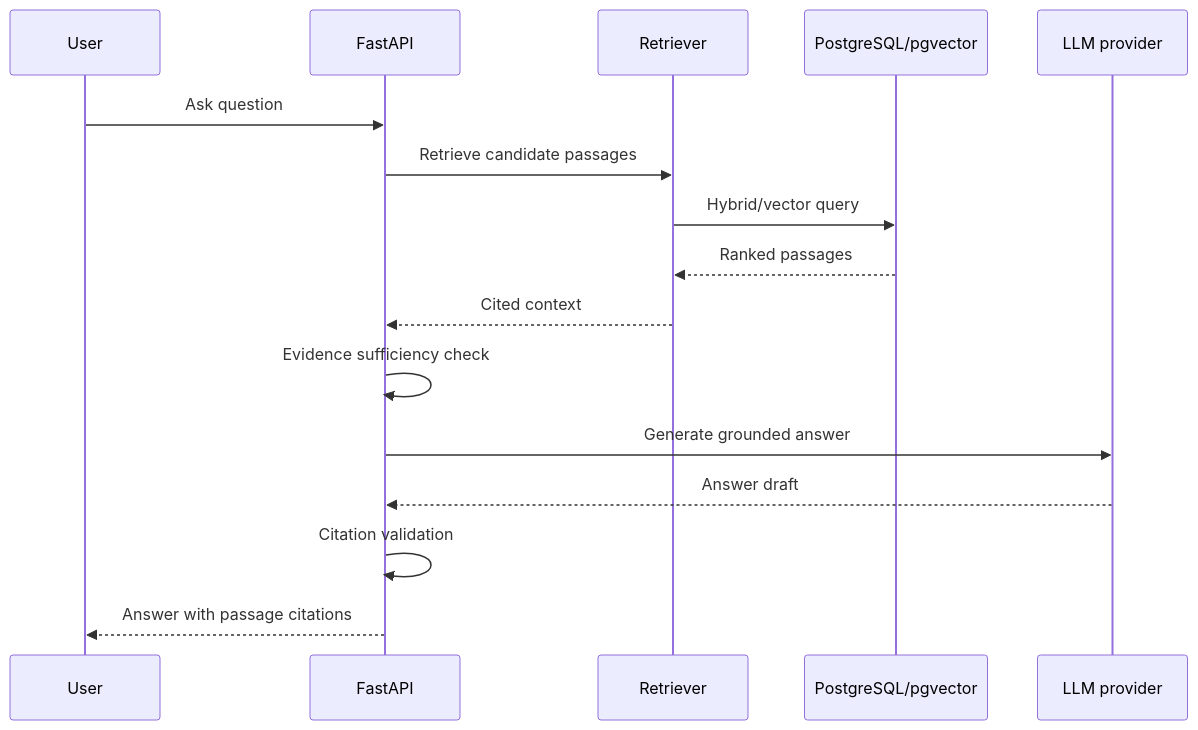
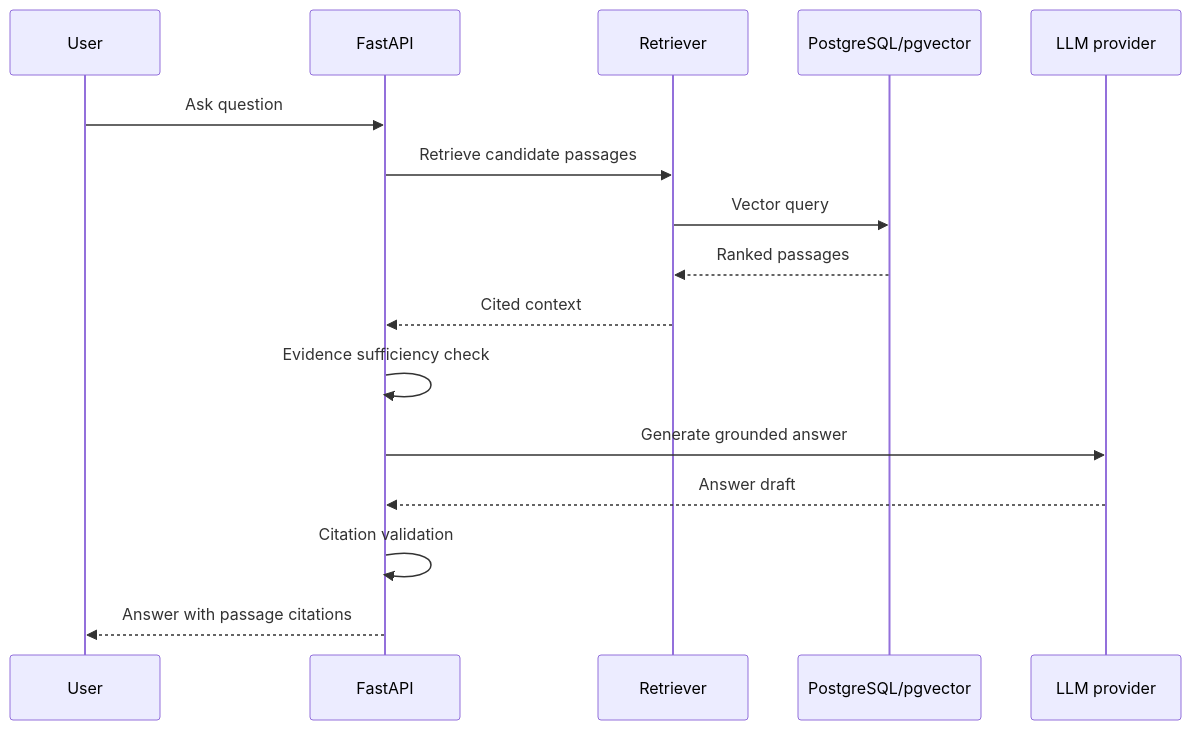
The second of 2 diagrams in docs/architecture/RAG_ARCHITECTURE.md (bluefate/spacebio-evidence-engine), drawn with Mermaid before and after one commit. The commit also changed other lines of this file and 41 other files, not shown here.

````diff
--- a/docs/architecture/RAG_ARCHITECTURE.md
+++ b/docs/architecture/RAG_ARCHITECTURE.md
@@ -30,18 +30,18 @@
 ```mermaid
 sequenceDiagram
   participant U as User
   participant API as FastAPI
   participant R as Retriever
   participant DB as PostgreSQL/pgvector
   participant L as LLM provider
   U->>API: Ask question
   API->>R: Retrieve candidate passages
-  R->>DB: Hybrid/vector query
+  R->>DB: Vector query
   DB-->>R: Ranked passages
   R-->>API: Cited context
   API->>API: Evidence sufficiency check
   API->>L: Generate grounded answer
   L-->>API: Answer draft
   API->>API: Citation validation
   API-->>U: Answer with passage citations
 ```
````
